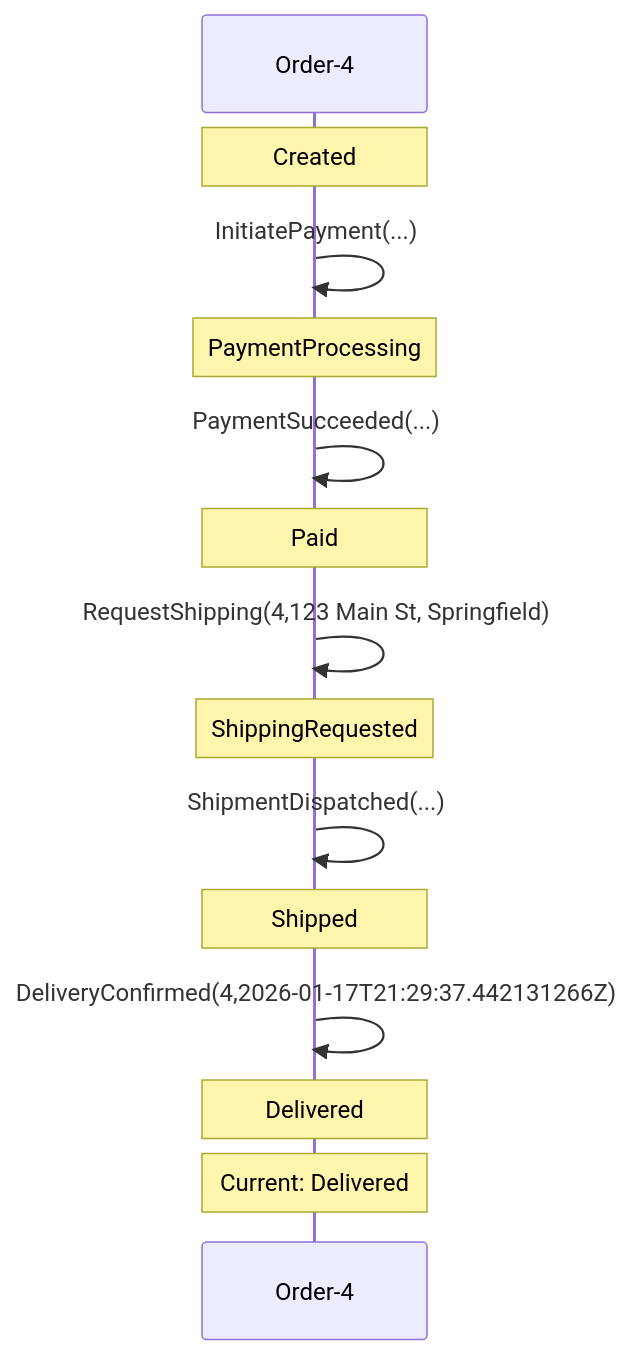
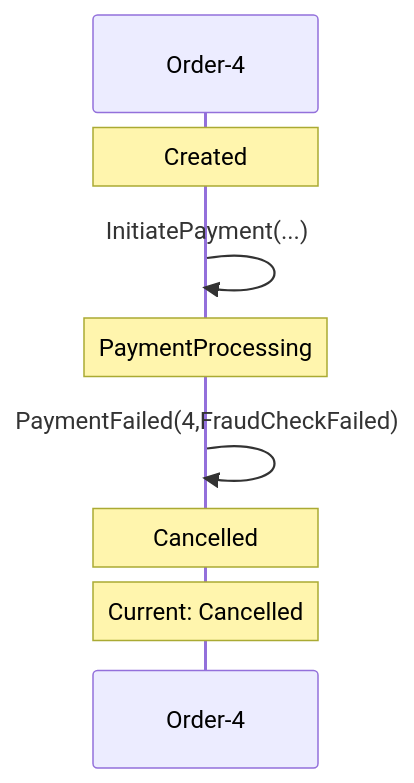
One commit to Iterable/mechanoid changed the first of 2 diagrams in docs/visualizations/order-4-trace.md. Above: the diagram before and after it, drawn with Mermaid. The commit also changed other lines of this file and 10 other files, not shown here.

````diff
--- a/docs/visualizations/order-4-trace.md
+++ b/docs/visualizations/order-4-trace.md
@@ -7,17 +7,11 @@
 ```mermaid
 sequenceDiagram
     participant FSM as Order-4
     Note over FSM: Created
     FSM->>FSM: InitiatePayment(...)
     Note over FSM: PaymentProcessing
-    FSM->>FSM: PaymentSucceeded(...)
-    Note over FSM: Paid
-    FSM->>FSM: RequestShipping(4,123 Main St, Springfield)
-    Note over FSM: ShippingRequested
-    FSM->>FSM: ShipmentDispatched(...)
-    Note over FSM: Shipped
-    FSM->>FSM: DeliveryConfirmed(4,2026-01-17T21:29:37.442131266Z)
-    Note over FSM: Delivered
-    Note over FSM: Current: Delivered
+    FSM->>FSM: PaymentFailed(4,FraudCheckFailed)
+    Note over FSM: Cancelled
+    Note over FSM: Current: Cancelled
 
 ```
````
